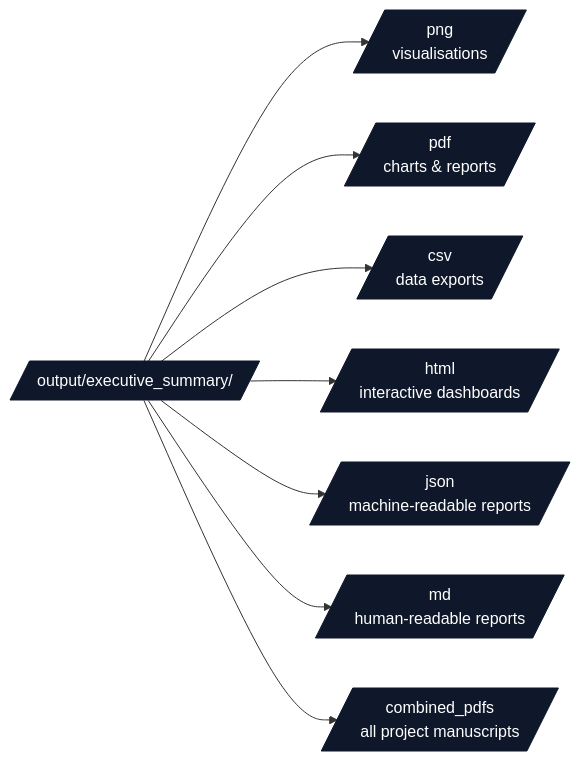
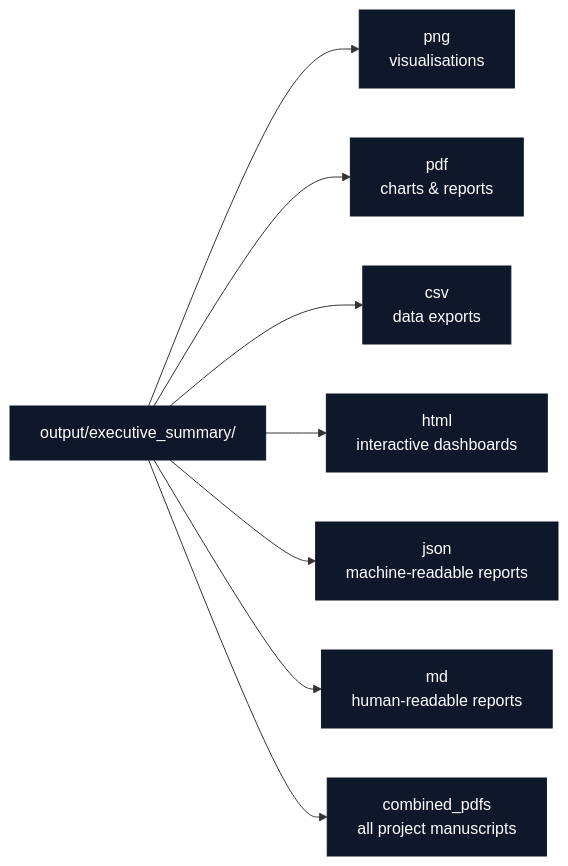
The second of 3 diagrams in infrastructure/reporting/README.md (docxology/template), drawn with Mermaid before and after one commit. The commit also changed other lines of this file and 94 other files, not shown here.

````diff
--- a/infrastructure/reporting/README.md
+++ b/infrastructure/reporting/README.md
@@ -104,14 +104,14 @@
 ```mermaid
 flowchart LR
-    EX[/output/executive_summary//]
-    EX --> PNG[/png<br/>visualisations/]
-    EX --> PDF[/pdf<br/>charts &amp; reports/]
-    EX --> CSV[/csv<br/>data exports/]
-    EX --> HTML[/html<br/>interactive dashboards/]
-    EX --> JSON[/json<br/>machine-readable reports/]
-    EX --> MD[/md<br/>human-readable reports/]
-    EX --> CB[/combined_pdfs<br/>all project manuscripts/]
+    EX[output/executive_summary/]
+    EX --> PNG[png<br/>visualisations]
+    EX --> PDF[pdf<br/>charts &amp; reports]
+    EX --> CSV[csv<br/>data exports]
+    EX --> HTML[html<br/>interactive dashboards]
+    EX --> JSON[json<br/>machine-readable reports]
+    EX --> MD[md<br/>human-readable reports]
+    EX --> CB[combined_pdfs<br/>all project manuscripts]
 
     classDef d fill:#0f172a,stroke:#0f172a,color:#fff
     class EX,PNG,PDF,CSV,HTML,JSON,MD,CB d
 ```
````
